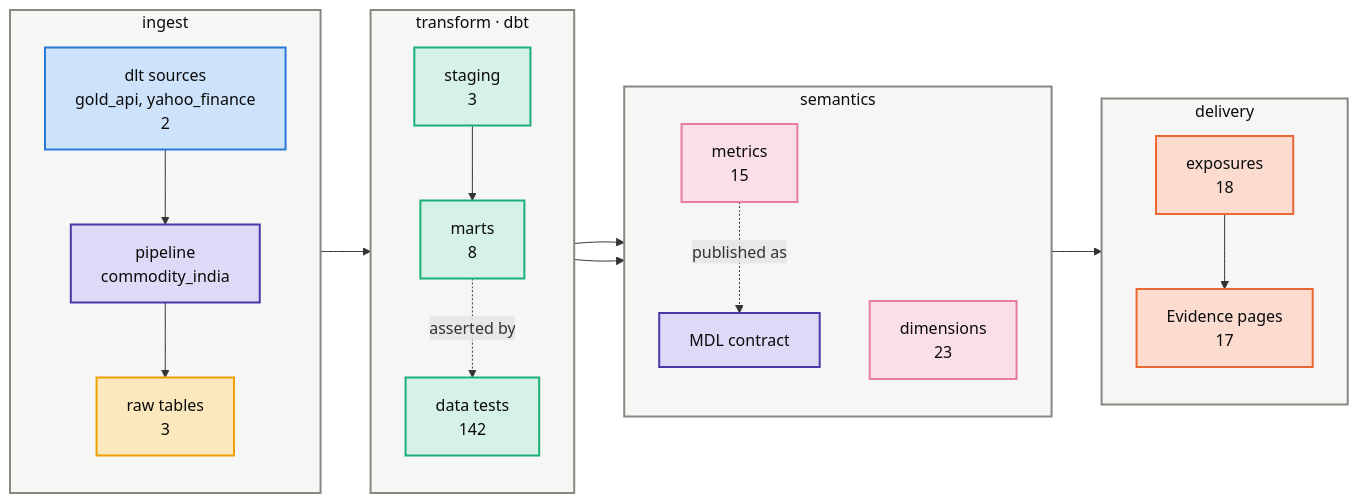
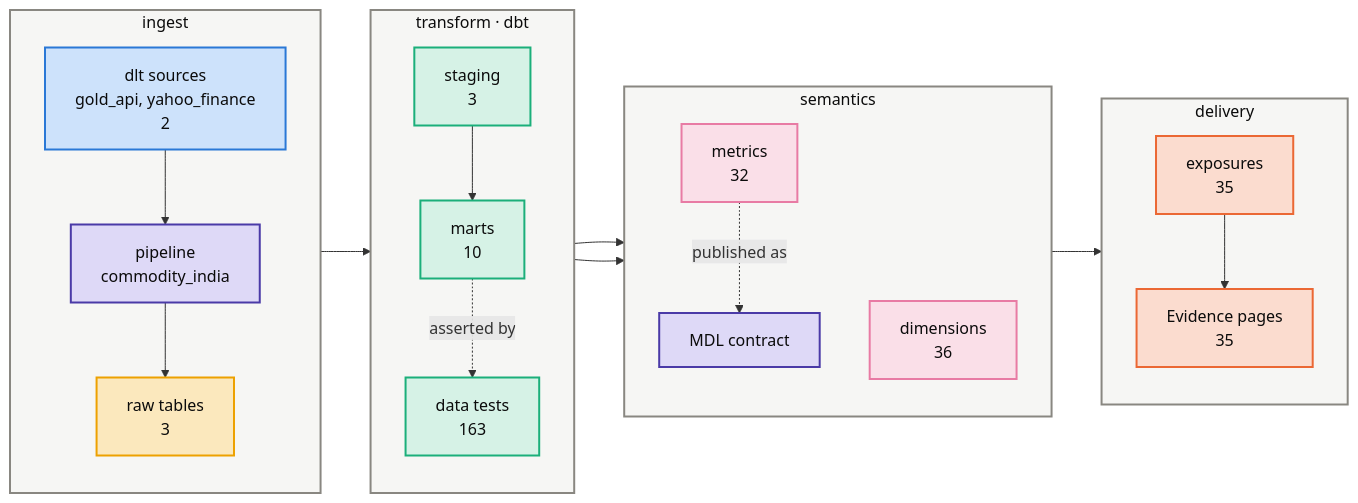
The first of 3 diagrams in groups/commodity/projects/commodity-india/kg/architecture.md (Atomz-org/data-platform), drawn with Mermaid before and after one commit. The commit also changed other lines of this file and 2 other files, not shown here.

Commit message:
chore(commodity-india): regenerate graph and architecture maps
Rebuilt kg/graph.json from a fresh dbt parse so the 17 new metric
exposures are in the graph, and regenerated docs/ARCHITECTURE.md and
kg/architecture.md to match.

````diff
--- a/groups/commodity/projects/commodity-india/kg/architecture.md
+++ b/groups/commodity/projects/commodity-india/kg/architecture.md
@@ -10,41 +10,41 @@
 ```mermaid
 flowchart LR
     subgraph LI["ingest"]
         direction TB
         I1["dlt sources<br/>gold_api, yahoo_finance<br/>2"]:::ingress
         I2["pipeline<br/>commodity_india"]:::platform
         I3["raw tables<br/>3"]:::raw
     end
     subgraph LT["transform · dbt"]
         direction TB
         T1["staging<br/>3"]:::model
-        T2["marts<br/>8"]:::model
-        T3["data tests<br/>142"]:::model
+        T2["marts<br/>10"]:::model
+        T3["data tests<br/>163"]:::model
     end
     subgraph LS["semantics"]
         direction TB
-        S1["metrics<br/>15"]:::metric
-        S2["dimensions<br/>23"]:::metric
+        S1["metrics<br/>32"]:::metric
+        S2["dimensions<br/>36"]:::metric
         S3["MDL contract"]:::platform
     end
     subgraph LD["delivery"]
         direction TB
-        D1["exposures<br/>18"]:::exposure
-        D2["Evidence pages<br/>17"]:::exposure
+        D1["exposures<br/>35"]:::exposure
+        D2["Evidence pages<br/>35"]:::exposure
     end
     I1 --> I2 --> I3 --> T1 --> T2
     T2 --> S1 --> D1 --> D2
     T2 --> S2
     S1 -.published as.-> S3
     T2 -.asserted by.-> T3
     classDef ingress fill:#cde2fb,stroke:#2a78d6,stroke-width:2px,color:#0b0b0b
     classDef platform fill:#ded9f7,stroke:#4a3aa7,stroke-width:2px,color:#0b0b0b
     classDef raw fill:#fbe8bd,stroke:#eda100,stroke-width:2px,color:#0b0b0b
     classDef model fill:#d6f2e6,stroke:#1baf7a,stroke-width:2px,color:#0b0b0b
     classDef metric fill:#fadfe8,stroke:#e87ba4,stroke-width:2px,color:#0b0b0b
     classDef exposure fill:#fbdccf,stroke:#eb6834,stroke-width:2px,color:#0b0b0b
     classDef neutral fill:#e8e7e2,stroke:#898781,stroke-width:2px,color:#0b0b0b
     classDef project fill:#e3eefc,stroke:#2a78d6,stroke-width:2px,color:#0b0b0b
     classDef lane fill:#f6f6f4,stroke:#898781,stroke-width:2px,color:#0b0b0b
     class LI,LT,LS,LD lane
 ```
````
